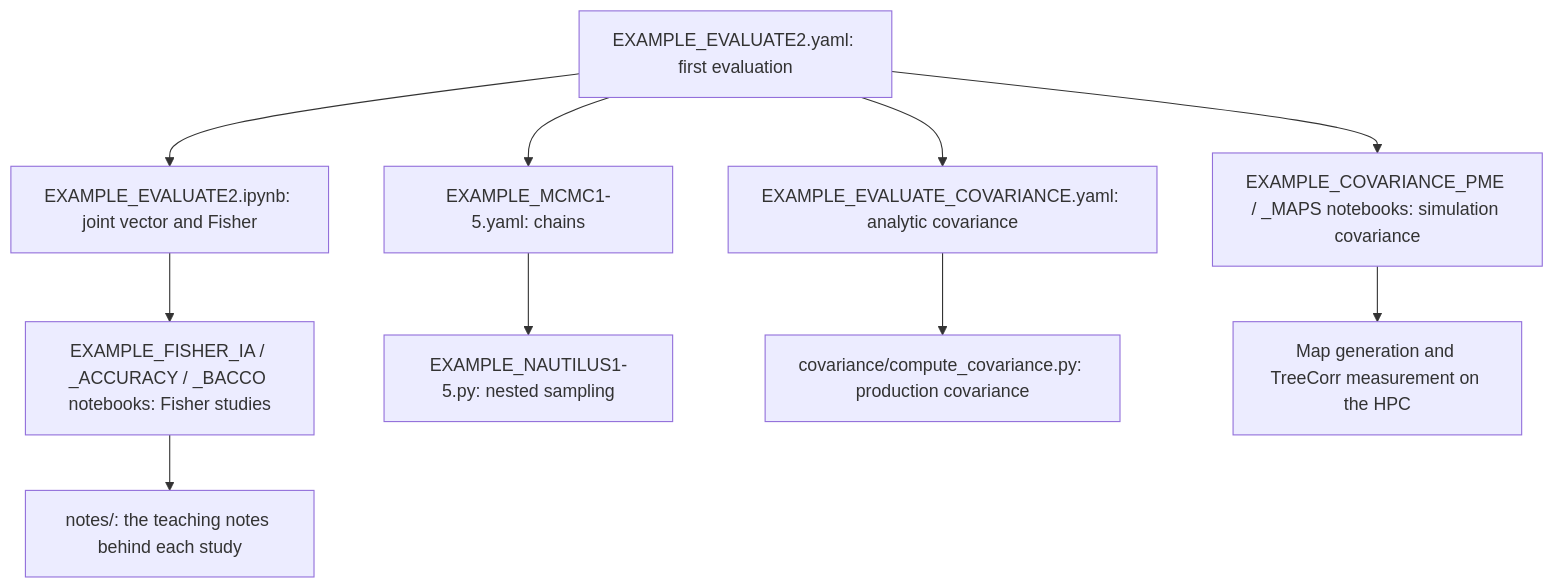
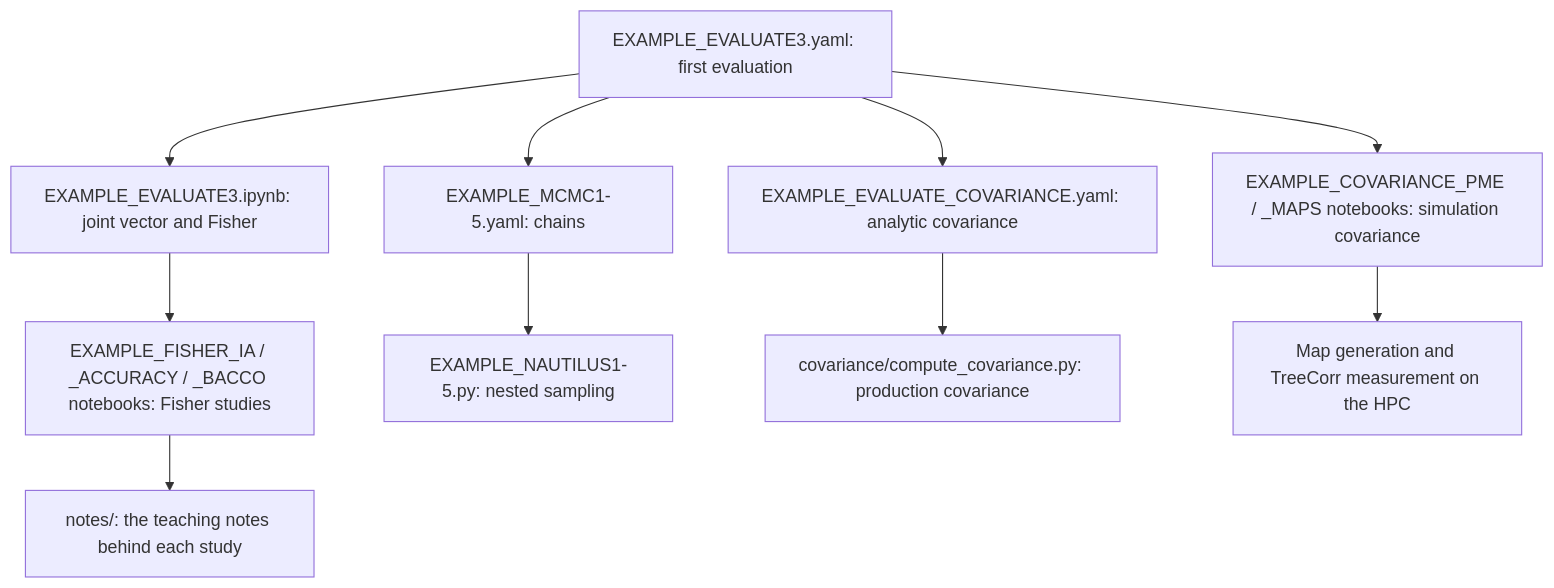
Before and after one commit to SBU-COSMOLIKE/cocoa_des_3pcf: the diagram in README.md, drawn with Mermaid. The commit also changed other lines of this file and 63 other files, not shown here.

````diff
--- a/README.md
+++ b/README.md
@@ -113,12 +113,12 @@
 ```mermaid
 flowchart TB
-  A["EXAMPLE_EVALUATE2.yaml: first evaluation"] --> B["EXAMPLE_EVALUATE2.ipynb: joint vector and Fisher"]
+  A["EXAMPLE_EVALUATE3.yaml: first evaluation"] --> B["EXAMPLE_EVALUATE3.ipynb: joint vector and Fisher"]
   B --> C["EXAMPLE_FISHER_IA / _ACCURACY / _BACCO notebooks: Fisher studies"]
   C --> D["notes/: the teaching notes behind each study"]
   A --> E["EXAMPLE_MCMC1-5.yaml: chains"]
   E --> F["EXAMPLE_NAUTILUS1-5.py: nested sampling"]
   A --> G["EXAMPLE_EVALUATE_COVARIANCE.yaml: analytic covariance"]
   G --> H["covariance/compute_covariance.py: production covariance"]
   A --> I["EXAMPLE_COVARIANCE_PME / _MAPS notebooks: simulation covariance"]
   I --> J["Map generation and TreeCorr measurement on the HPC"]
 ```
````
